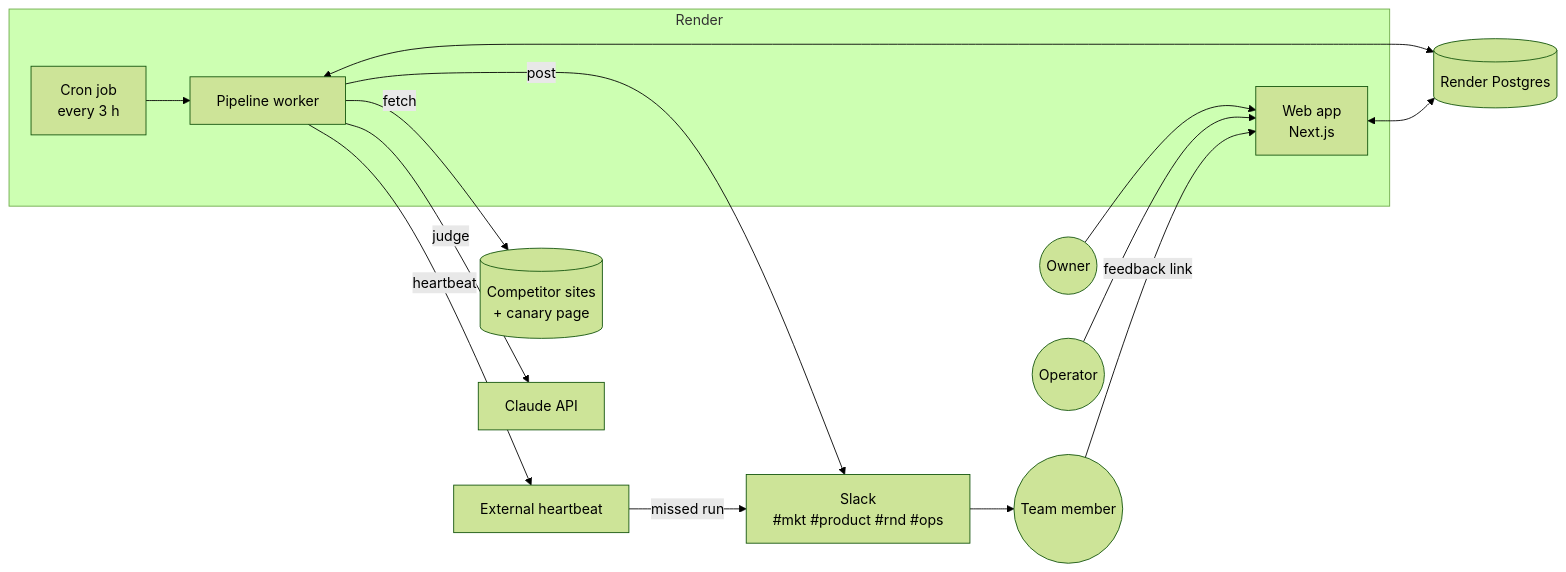
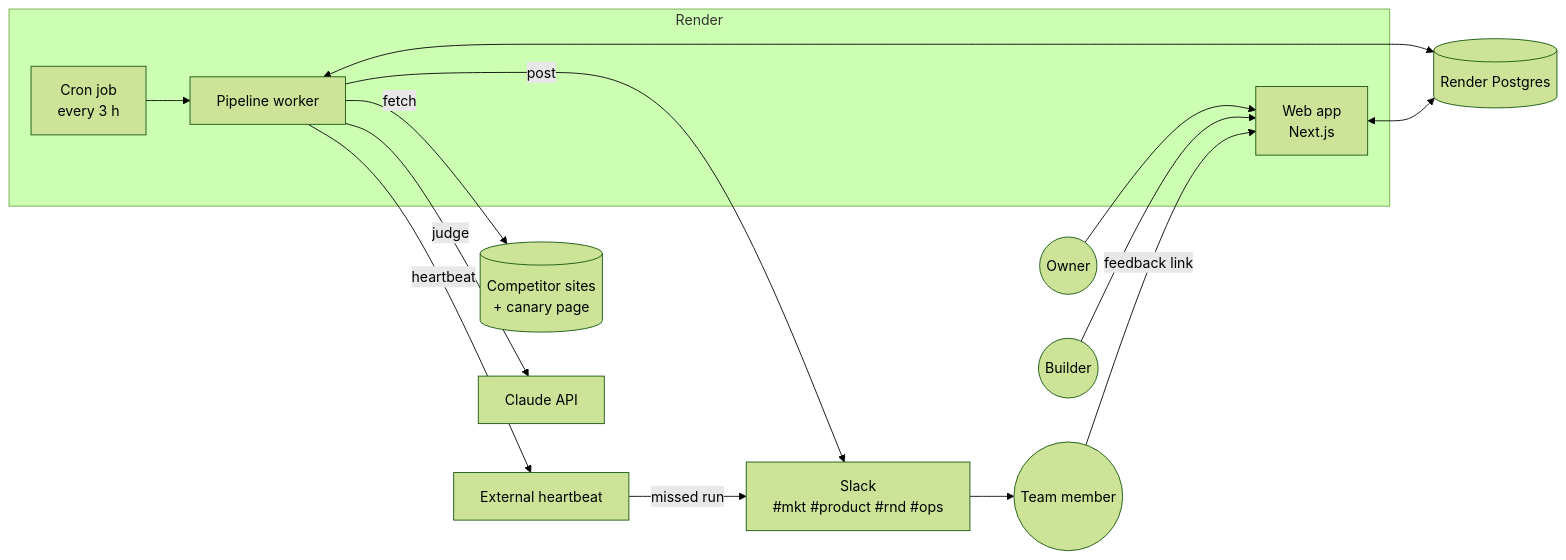
One commit to bermanguy/noma-competitor-monitor changed the first of 4 diagrams in docs/architecture.md. Above: the diagram before and after it, drawn with Mermaid (forest theme). The commit also changed other lines of this file and 3 other files, not shown here.

````diff
--- a/docs/architecture.md
+++ b/docs/architecture.md
@@ -9,18 +9,18 @@
 ```mermaid
 flowchart LR
   subgraph Render
     CRON[Cron job<br/>every 3 h] --> W[Pipeline worker]
     WEB[Web app<br/>Next.js]
   end
   W -->|fetch| SITES[(Competitor sites<br/>+ canary page)]
   W -->|judge| CLAUDE[Claude API]
   W -->|post| SLACK[Slack<br/>#mkt #product #rnd #ops]
   W <--> DB[(Render Postgres)]
   WEB <--> DB
   OWNER((Owner)) --> WEB
-  OPS((Operator)) --> WEB
+  OPS((Builder)) --> WEB
   TEAM((Team member)) -->|feedback link| WEB
   SLACK --> TEAM
   W -->|heartbeat| HB[External heartbeat]
   HB -->|missed run| SLACK
 ```
````
